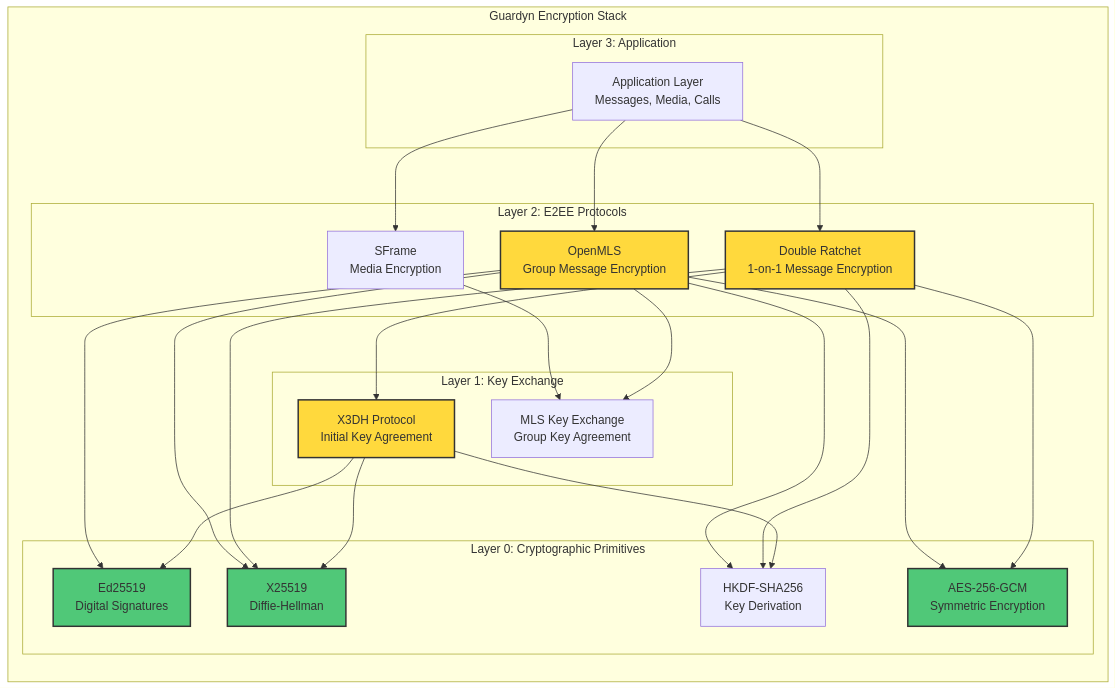
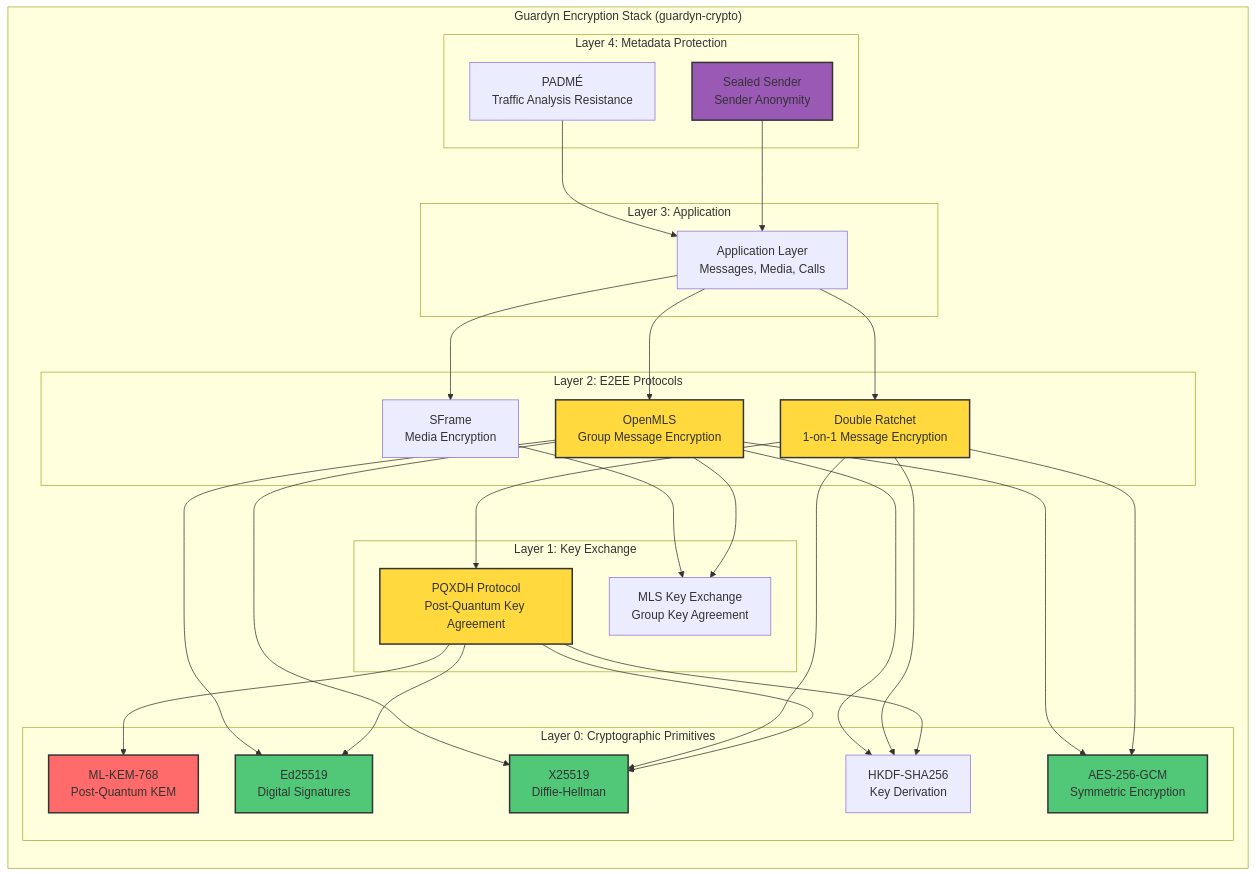
Before and after one commit to guardyn/guardyn: the first of 23 diagrams in docs/ENCRYPTION_ARCHITECTURE.md, drawn with Mermaid. The commit also changed other lines of this file and 18 other files, not shown here.

````diff
--- a/docs/ENCRYPTION_ARCHITECTURE.md
+++ b/docs/ENCRYPTION_ARCHITECTURE.md
@@ -25,56 +29,67 @@
 ```mermaid
 graph TB
-    subgraph "Guardyn Encryption Stack"
+    subgraph "Guardyn Encryption Stack (guardyn-crypto)"
         direction TB
+
+        subgraph "Layer 4: Metadata Protection"
+            SS[Sealed Sender<br/>Sender Anonymity]
+            PADME[PADMÉ<br/>Traffic Analysis Resistance]
+        end
 
         subgraph "Layer 3: Application"
             App[Application Layer<br/>Messages, Media, Calls]
         end
 
         subgraph "Layer 2: E2EE Protocols"
             DR[Double Ratchet<br/>1-on-1 Message Encryption]
             MLS[OpenMLS<br/>Group Message Encryption]
             SF[SFrame<br/>Media Encryption]
         end
 
         subgraph "Layer 1: Key Exchange"
-            X3DH[X3DH Protocol<br/>Initial Key Agreement]
+            PQXDH[PQXDH Protocol<br/>Post-Quantum Key Agreement]
             MLSKE[MLS Key Exchange<br/>Group Key Agreement]
         end
 
         subgraph "Layer 0: Cryptographic Primitives"
+            MLKEM[ML-KEM-768<br/>Post-Quantum KEM]
             Ed25519[Ed25519<br/>Digital Signatures]
             X25519[X25519<br/>Diffie-Hellman]
             AES256[AES-256-GCM<br/>Symmetric Encryption]
             HKDF[HKDF-SHA256<br/>Key Derivation]
         end
     end
 
+    SS --> App
+    PADME --> App
     App --> DR
     App --> MLS
     App --> SF
 
-    DR --> X3DH
+    DR --> PQXDH
     MLS --> MLSKE
     SF --> MLSKE
 
-    X3DH --> Ed25519
-    X3DH --> X25519
-    X3DH --> HKDF
+    PQXDH --> MLKEM
+    PQXDH --> Ed25519
+    PQXDH --> X25519
+    PQXDH --> HKDF
 
     DR --> AES256
     DR --> HKDF
     DR --> X25519
 
     MLS --> Ed25519
     MLS --> X25519
     MLS --> AES256
     MLS --> HKDF
 
-    style X3DH fill:#FFD93D,stroke:#333,stroke-width:2px
+    style PQXDH fill:#FFD93D,stroke:#333,stroke-width:2px
     style DR fill:#FFD93D,stroke:#333,stroke-width:2px
     style MLS fill:#FFD93D,stroke:#333,stroke-width:2px
+    style SS fill:#9B59B6,stroke:#333,stroke-width:2px
+    style MLKEM fill:#FF6B6B,stroke:#333,stroke-width:2px
     style AES256 fill:#50C878,stroke:#333,stroke-width:2px
     style Ed25519 fill:#50C878,stroke:#333,stroke-width:2px
     style X25519 fill:#50C878,stroke:#333,stroke-width:2px
 ```
````
